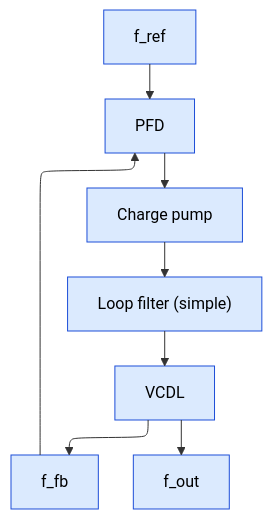
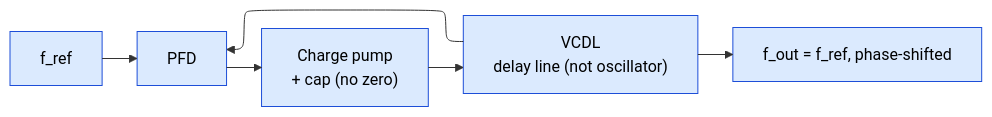
The second of 2 diagrams in 03_Frontend_RTL_and_Verification/05_PLL_DLL_and_Clock_Distribution.md (Wty2003328/silicon-design-notebook), drawn with Mermaid before and after one commit. The commit also changed other lines of this file and 22 other files, not shown here.

Commit message:
Concept-first hard rework complete: all 48 architecture/design pages (trimmed signal dumps; added trade-off analysis + theoretical depth)

````diff
--- a/03_Frontend_RTL_and_Verification/05_PLL_DLL_and_Clock_Distribution.md
+++ b/03_Frontend_RTL_and_Verification/05_PLL_DLL_and_Clock_Distribution.md
@@ -349,10 +196,11 @@
 ```mermaid
 %%{init: {"flowchart": {"defaultRenderer": "elk", "nodeSpacing": 60, "rankSpacing": 60, "htmlLabels": false}}}%%
-flowchart TD
+flowchart LR
     REF["f_ref"] --> PFD["PFD"]
-    FB["f_fb"] --> PFD
-    PFD --> CP["Charge pump"] --> LF["Loop filter (simple)"] --> VCDL["VCDL"] --> OUT["f_out"]
-    VCDL --> FB
+    PFD --> CP["Charge pump\n+ cap (no zero)"]
+    CP --> VCDL["VCDL\ndelay line (not oscillator)"]
+    VCDL --> OUT["f_out = f_ref, phase-shifted"]
+    VCDL --> PFD
     classDef s fill:#dbeafe,stroke:#1d4ed8,color:#000
-    class REF,PFD,CP,LF,VCDL,OUT,FB s
+    class REF,PFD,CP,VCDL,OUT s
 ```
````
